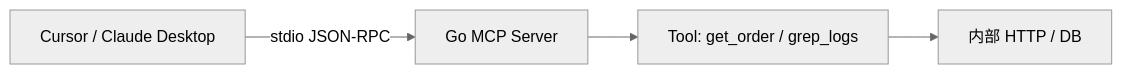
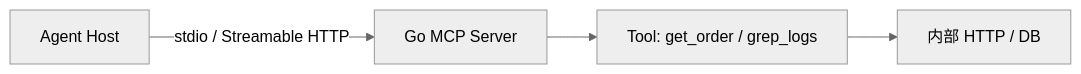
One commit to twodog-tt/Golang-development-manual changed the diagram in docs/interview/10-ai-engineering/S-AI-07-mcp-server-go.md. Above: the diagram before and after it, drawn with Mermaid (neutral theme). The commit also changed other lines of this file and 49 other files, not shown here.

````diff
--- a/docs/interview/10-ai-engineering/S-AI-07-mcp-server-go.md
+++ b/docs/interview/10-ai-engineering/S-AI-07-mcp-server-go.md
@@ -31,6 +56,6 @@
 ```mermaid
 flowchart LR
-  IDE[Cursor / Claude Desktop] -->|stdio JSON-RPC| MCP[Go MCP Server]
+  Host[Agent Host] -->|stdio / Streamable HTTP| MCP[Go MCP Server]
   MCP --> Tools[Tool: get_order / grep_logs]
   Tools --> API[内部 HTTP / DB]
 ```
````
